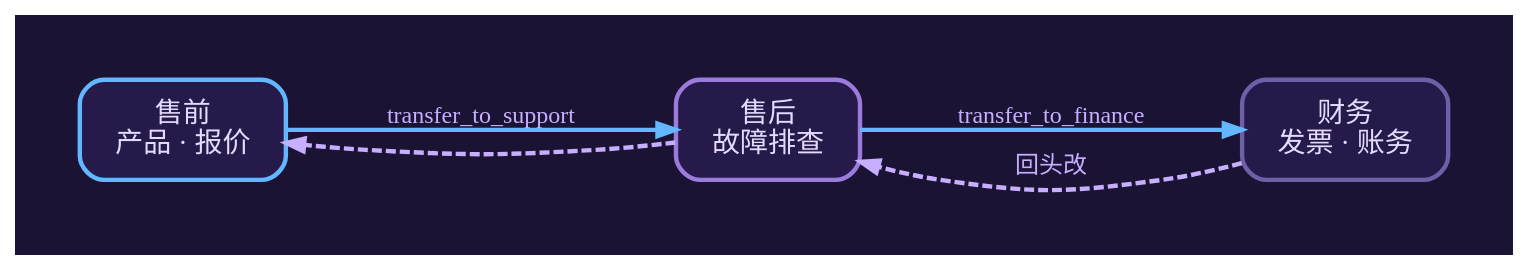
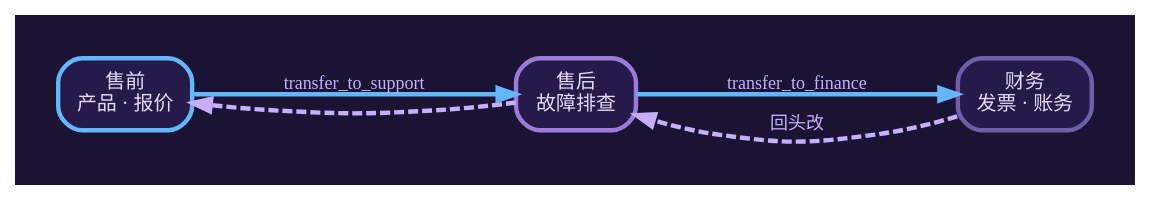
Before and after one commit to sailor723/langconfig: the diagram in docs/assets/handoff-chain.dot, drawn with Graphviz. The commit also changed 31 other files, not shown here.

First line of the commit message:
docs(assets): diagrams ~30% smaller, and they no longer dominate the page

```diff
--- a/docs/assets/handoff-chain.dot
+++ b/docs/assets/handoff-chain.dot
@@ -1,22 +1,22 @@
 digraph handoff {
   rankdir=LR;
   bgcolor="#1A1334";
-  pad=0.45;
-  nodesep=0.7;
+  pad=0.30;
+  nodesep=0.59;
   ranksep=1.1;
   fontname="Menlo";
 
-  node [shape=box, style="rounded,filled", penwidth=2.2, fontname="Menlo", fontsize=14,
-        margin="0.24,0.14", fillcolor="#251A49", color="#9B7BDB", fontcolor="#E5DBFF"];
-  edge [fontname="Menlo", fontsize=12, color="#62B7FF", fontcolor="#C7AEFF",
+  node [shape=box, style="rounded,filled", penwidth=2.2, fontname="Menlo", fontsize=10,
+        margin="0.14,0.07", fillcolor="#251A49", color="#9B7BDB", fontcolor="#E5DBFF"];
+  edge [fontname="Menlo", fontsize=9, color="#62B7FF", fontcolor="#C7AEFF",
         penwidth=2.2, arrowsize=0.9];
 
   s [label="售前\n产品 · 报价", color="#62B7FF"];
   t [label="售后\n故障排查", color="#9B7BDB"];
   f [label="财务\n发票 · 账务", color="#6E5FA8"];
 
   s -> t [label="transfer_to_support"];
   t -> f [label="transfer_to_finance"];
   f -> t [style=dashed, color="#C7AEFF", fontcolor="#C7AEFF", label="回头改"];
   t -> s [style=dashed, color="#C7AEFF", fontcolor="#C7AEFF"];
 }
```
